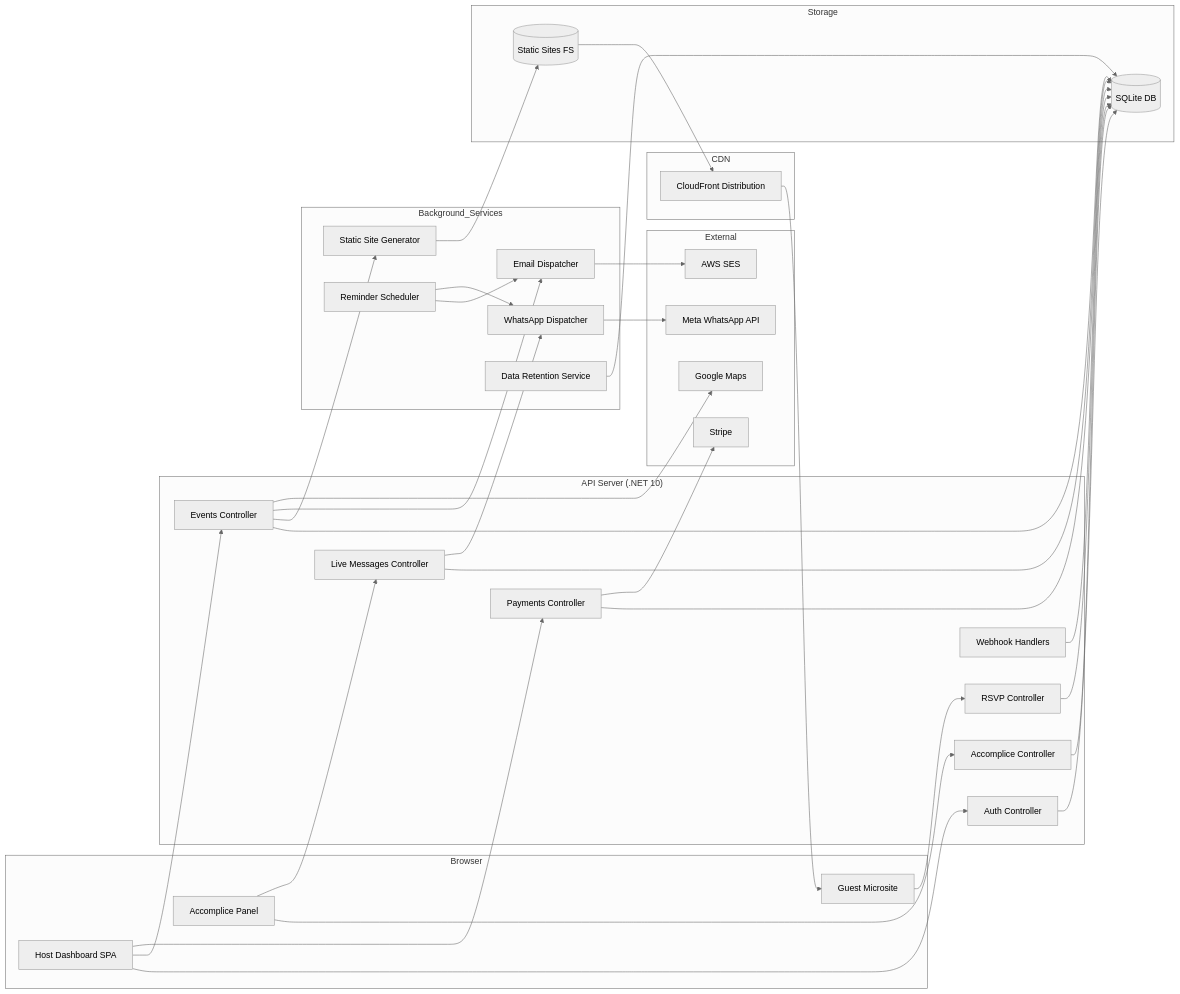
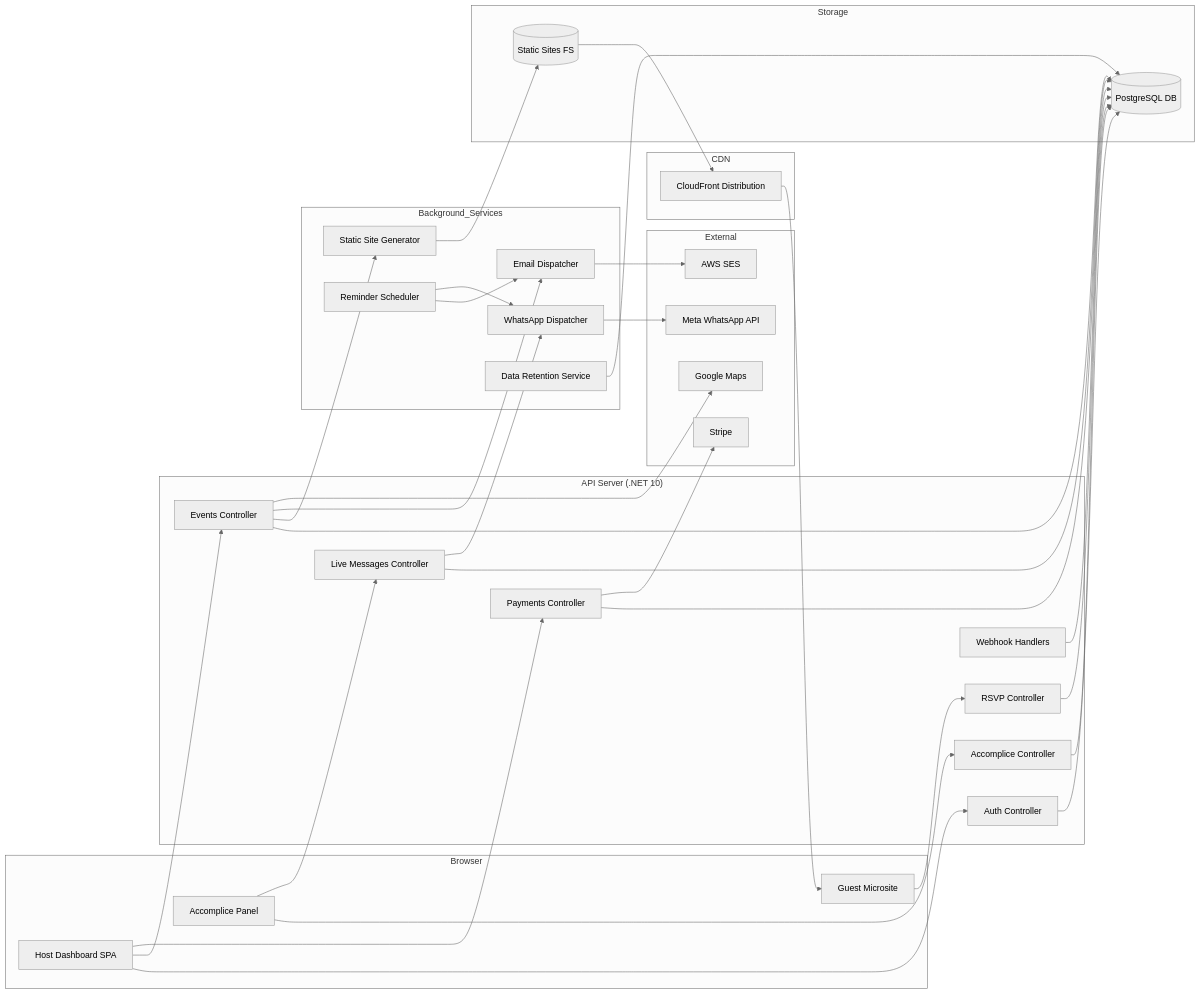
Before and after one commit to LIDR-academy/AI4Devs-finalproject: the second of 17 diagrams in .tmp/technical-architecture-analysis.md, drawn with Mermaid (neutral theme). The commit also changed other lines of this file and 11 other files, not shown here.

````diff
--- a/.tmp/technical-architecture-analysis.md
+++ b/.tmp/technical-architecture-analysis.md
@@ -106,73 +106,73 @@
 ```mermaid
 graph LR
     subgraph Browser
         A[Host Dashboard SPA]
         B[Guest Microsite]
         C[Accomplice Panel]
     end
 
     subgraph CDN
         D[CloudFront Distribution]
     end
 
     subgraph API_Server["API Server (.NET 10)"]
         E[Auth Controller]
         F[Events Controller]
         G[RSVP Controller]
         H[Accomplice Controller]
         I[Live Messages Controller]
         J[Payments Controller]
         K[Webhook Handlers]
     end
 
     subgraph Background_Services
         L[Static Site Generator]
         M[Email Dispatcher]
         N[WhatsApp Dispatcher]
         O[Data Retention Service]
         P[Reminder Scheduler]
     end
 
     subgraph Storage
-        Q[(SQLite DB)]
+        Q[(PostgreSQL DB)]
         R[(Static Sites FS)]
     end
 
     subgraph External
         S[AWS SES]
         T[Meta WhatsApp API]
         U[Stripe]
         V[Google Maps]
     end
 
     A --> E
     A --> F
     A --> J
     C --> H
     C --> I
     D --> B
     B --> G
 
     E --> Q
     F --> Q
     F --> L
     G --> Q
     H --> Q
     I --> Q
     J --> Q
     K --> Q
 
     L --> R
     R --> D
 
     F --> M
     M --> S
     I --> N
     N --> T
     J --> U
     F --> V
 
     O --> Q
     P --> M
     P --> N
 ```
````
